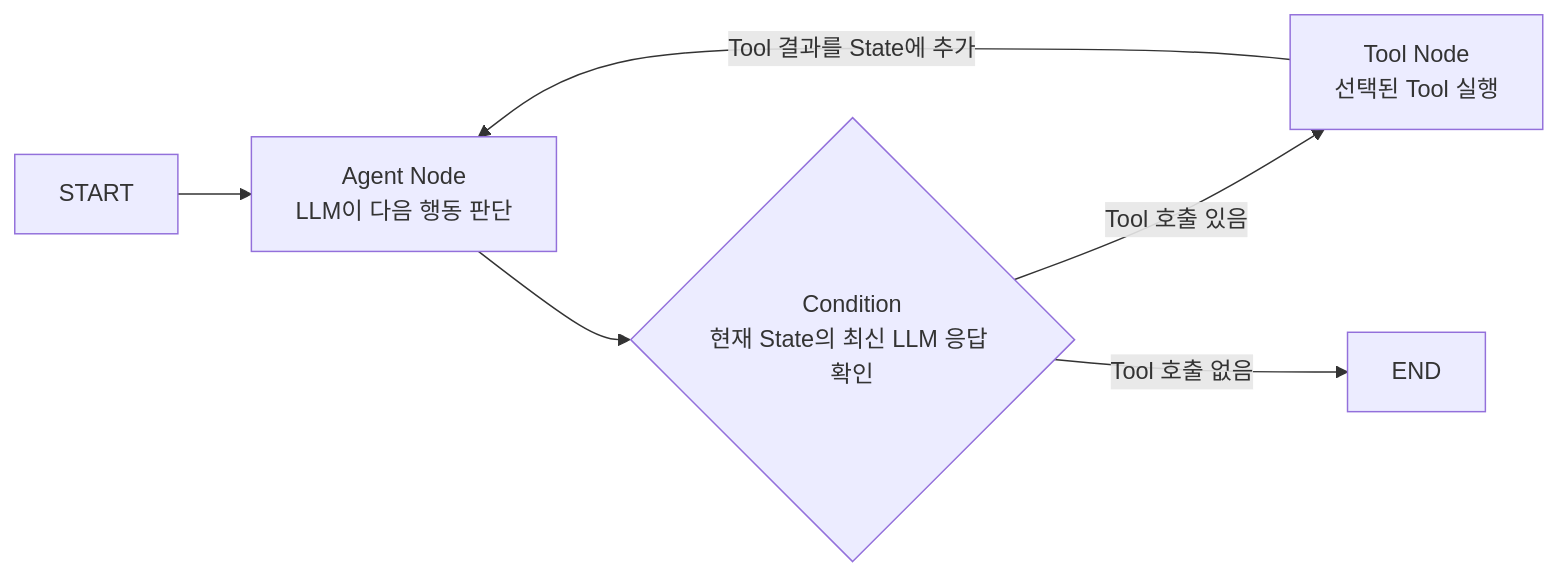
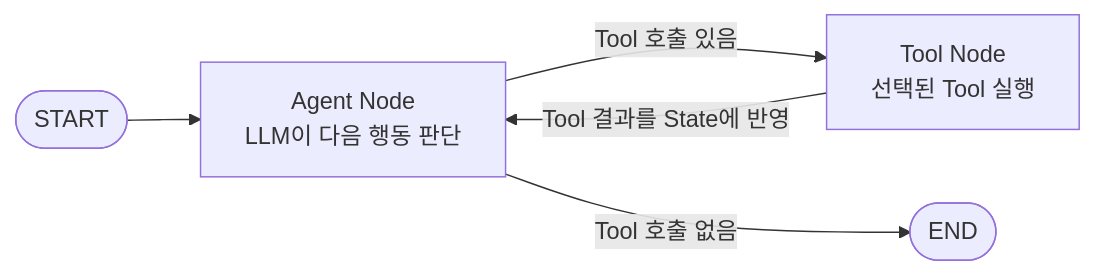
Before and after one commit to ericyum/Obsidian: the third of 5 diagrams in ZENAI/에이전트 학습/2. 에이전트의 작동 원리와 그래프 엔지니어링/05 Graph Engineering.md, drawn with Mermaid. The commit also changed other lines of this file and 7 other files, not shown here.

````diff
--- a/ZENAI/에이전트 학습/2. 에이전트의 작동 원리와 그래프 엔지니어링/05 Graph Engineering.md
+++ b/ZENAI/에이전트 학습/2. 에이전트의 작동 원리와 그래프 엔지니어링/05 Graph Engineering.md
@@ -173,8 +218,7 @@
 ```mermaid
 flowchart LR
-    START --> Agent["Agent Node<br/>LLM이 다음 행동 판단"]
-    Agent --> Condition{"Condition<br/>현재 State의 최신 LLM 응답 확인"}
-    Condition -->|"Tool 호출 있음"| Tools["Tool Node<br/>선택된 Tool 실행"]
-    Tools -->|"Tool 결과를 State에 추가"| Agent
-    Condition -->|"Tool 호출 없음"| END
+    S(["START"]) --> A["Agent Node<br/>LLM이 다음 행동 판단"]
+    A -->|"Tool 호출 있음"| T["Tool Node<br/>선택된 Tool 실행"]
+    T -->|"Tool 결과를 State에 반영"| A
+    A -->|"Tool 호출 없음"| E(["END"])
 ```
````
